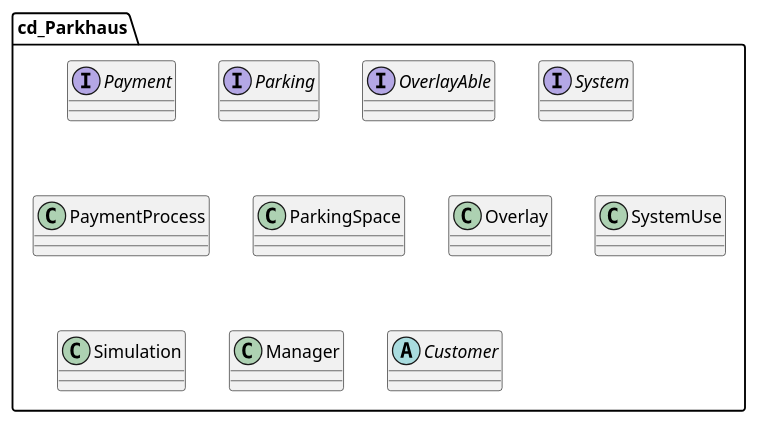
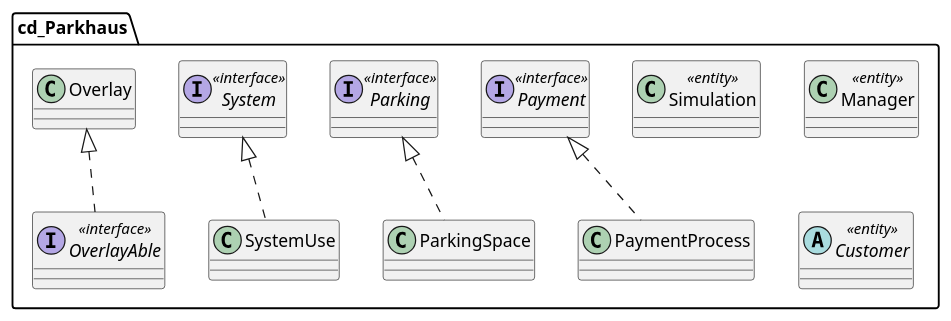
One commit to 1nbetw33n/Parkhaus_new changed the diagram in src/main/exercise4/cd_Parkhaus.puml. Above: the diagram before and after it, drawn with PlantUML.

Commit message:
Added relations to cd_Parkhaus.puml

```diff
--- a/src/main/exercise4/cd_Parkhaus.puml
+++ b/src/main/exercise4/cd_Parkhaus.puml
@@ -1,67 +1,78 @@
 @startuml
 skinparam classAttributeIconSize 0
 
 package cd_Parkhaus {
 
     interface Payment {
 
     }
 
 
     interface Parking {
 
     }
 
 
     interface OverlayAble {
 
     }
 
 
     interface System {
 
     }
 
 
     class PaymentProcess {
 
     }
 
 
     class ParkingSpace  {
 
     }
 
 
     class Overlay {
 
     }
 
 
     class SystemUse {
 
     }
 
 
     class Simulation {
 
     }
 
 
     class Manager {
 
     }
 
 
     abstract class Customer {
 
     }
 
 
+    Payment <<interface>>
+    Parking <<interface>>
+    OverlayAble <<interface>>
+    System <<interface>>
+    Payment <|.. PaymentProcess
+    Parking <|.. ParkingSpace
+    Overlay <|.. OverlayAble
+    System <|.. SystemUse
+    Simulation <<entity>>
+    Manager <<entity>>
+    Customer <<entity>>
 
 
 
 }
 
 
  @enduml
```
